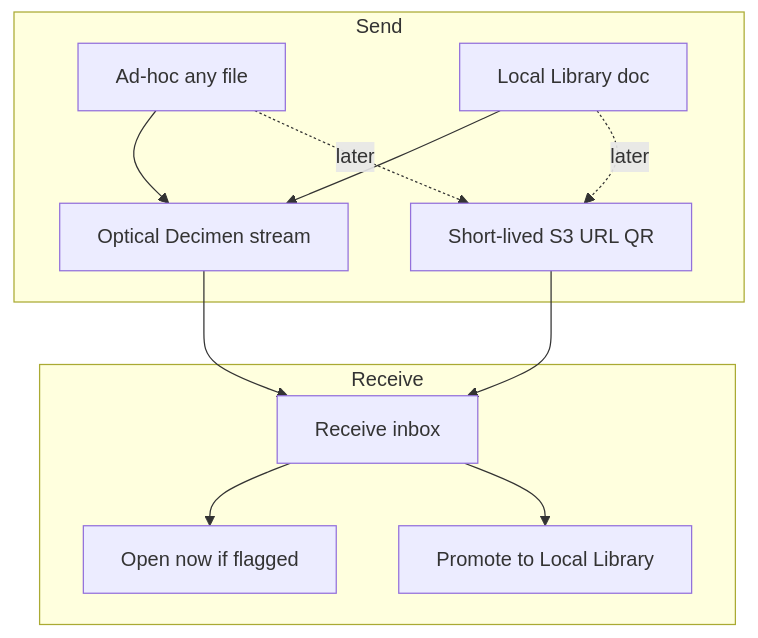
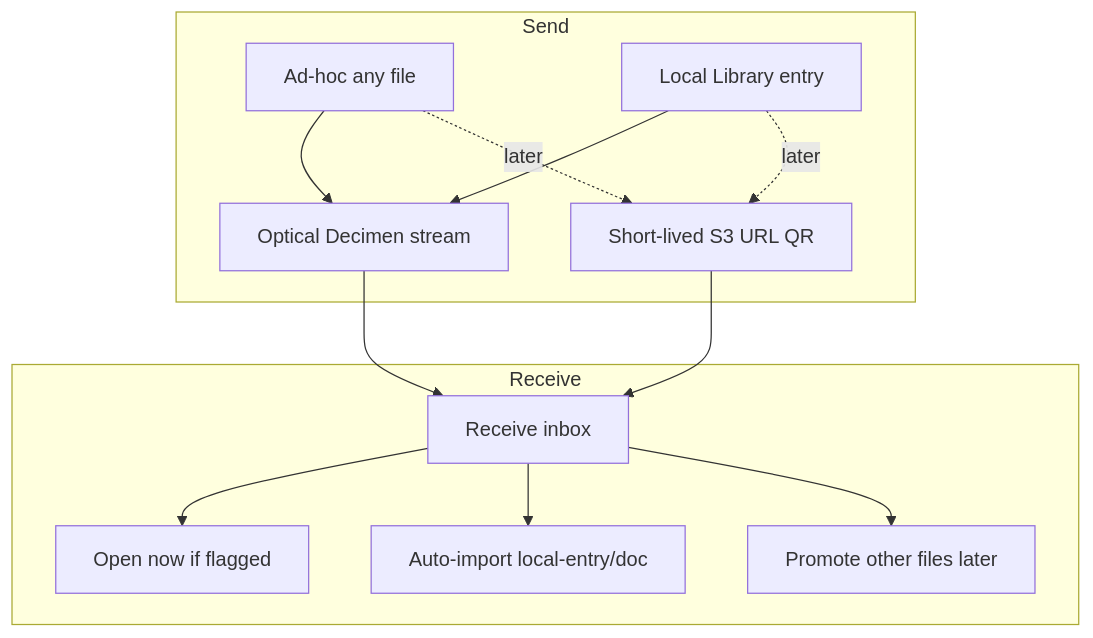
One commit to kryspetrie/singtags changed the diagram in docs/plans/local-library-transfer.md. Above: the diagram before and after it, drawn with Mermaid. The commit also changed other lines of this file and 74 other files, not shown here.

First line of the commit message:
Checkpoint: Local Library, sticky sheet paging/scroll, and tag page polish.

````diff
--- a/docs/plans/local-library-transfer.md
+++ b/docs/plans/local-library-transfer.md
@@ -20,17 +32,18 @@
 ```mermaid
 flowchart TB
   subgraph send [Send]
     AdHoc[Ad-hoc any file]
-    LibDoc[Local Library doc]
+    LibEntry[Local Library entry]
     AdHoc --> Optical[Optical Decimen stream]
-    LibDoc --> Optical
-    LibDoc -.->|"later"| S3Link[Short-lived S3 URL QR]
+    LibEntry --> Optical
+    LibEntry -.->|"later"| S3Link[Short-lived S3 URL QR]
     AdHoc -.->|"later"| S3Link
   end
   subgraph recv [Receive]
     Optical --> Inbox[Receive inbox]
     S3Link --> Inbox
     Inbox --> OpenNow[Open now if flagged]
-    Inbox --> Promote[Promote to Local Library]
+    Inbox --> AutoLib[Auto-import local-entry/doc]
+    Inbox --> Promote[Promote other files later]
   end
 ```
````
